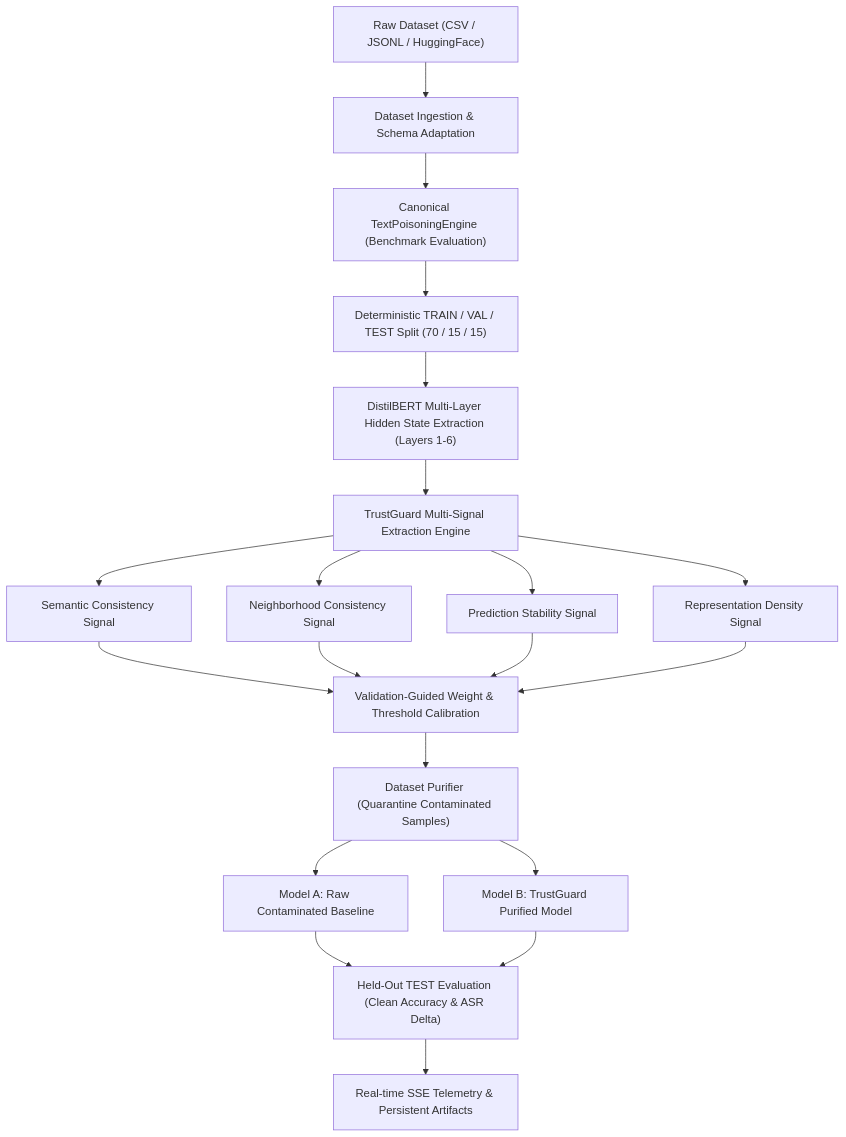
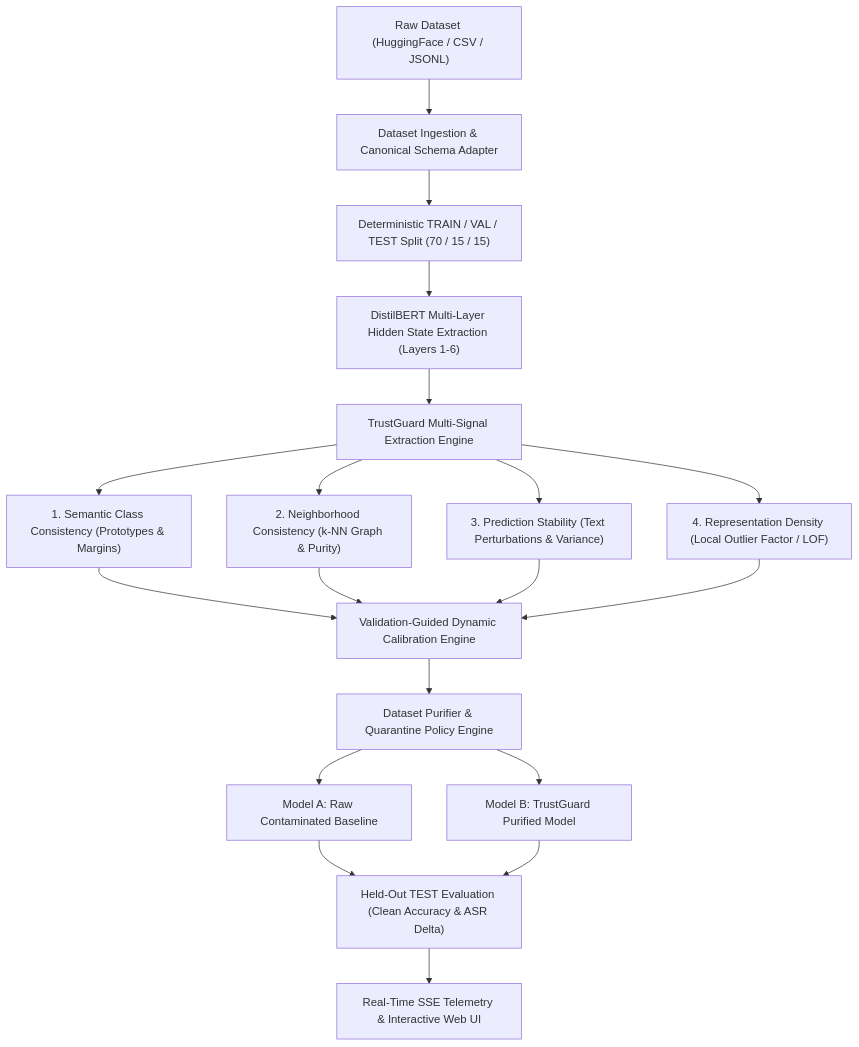
The diagram in README.md (AnshulBytes112/TrustGuardAI), drawn with Mermaid before and after one commit. The commit also changed other lines of this file and 1 other file, not shown here.

````diff
--- a/README.md
+++ b/README.md
@@ -57,22 +51,21 @@
 ```mermaid
 graph TD
-    A["Raw Dataset (CSV / JSONL / HuggingFace)"] --> B["Dataset Ingestion & Schema Adaptation"]
-    B --> C["Canonical TextPoisoningEngine (Benchmark Evaluation)"]
-    C --> D["Deterministic TRAIN / VAL / TEST Split (70 / 15 / 15)"]
-    D --> E["DistilBERT Multi-Layer Hidden State Extraction (Layers 1-6)"]
-    E --> F["TrustGuard Multi-Signal Extraction Engine"]
-    F --> G1["Semantic Consistency Signal"]
-    F --> G2["Neighborhood Consistency Signal"]
-    F --> G3["Prediction Stability Signal"]
-    F --> G4["Representation Density Signal"]
-    G1 --> H["Validation-Guided Weight & Threshold Calibration"]
-    G2 --> H
-    G3 --> H
-    G4 --> H
-    H --> I["Dataset Purifier (Quarantine Contaminated Samples)"]
-    I --> J1["Model A: Raw Contaminated Baseline"]
-    I --> J2["Model B: TrustGuard Purified Model"]
-    J1 --> K["Held-Out TEST Evaluation (Clean Accuracy & ASR Delta)"]
-    J2 --> K
-    K --> L["Real-time SSE Telemetry & Persistent Artifacts"]
+    A["Raw Dataset (HuggingFace / CSV / JSONL)"] --> B["Dataset Ingestion & Canonical Schema Adapter"]
+    B --> C["Deterministic TRAIN / VAL / TEST Split (70 / 15 / 15)"]
+    C --> D["DistilBERT Multi-Layer Hidden State Extraction (Layers 1-6)"]
+    D --> E["TrustGuard Multi-Signal Extraction Engine"]
+    E --> F1["1. Semantic Class Consistency (Prototypes & Margins)"]
+    E --> F2["2. Neighborhood Consistency (k-NN Graph & Purity)"]
+    E --> F3["3. Prediction Stability (Text Perturbations & Variance)"]
+    E --> F4["4. Representation Density (Local Outlier Factor / LOF)"]
+    F1 --> G["Validation-Guided Dynamic Calibration Engine"]
+    F2 --> G
+    F3 --> G
+    F4 --> G
+    G --> H["Dataset Purifier & Quarantine Policy Engine"]
+    H --> I1["Model A: Raw Contaminated Baseline"]
+    H --> I2["Model B: TrustGuard Purified Model"]
+    I1 --> J["Held-Out TEST Evaluation (Clean Accuracy & ASR Delta)"]
+    I2 --> J
+    J --> K["Real-Time SSE Telemetry & Interactive Web UI"]
 ```
````
